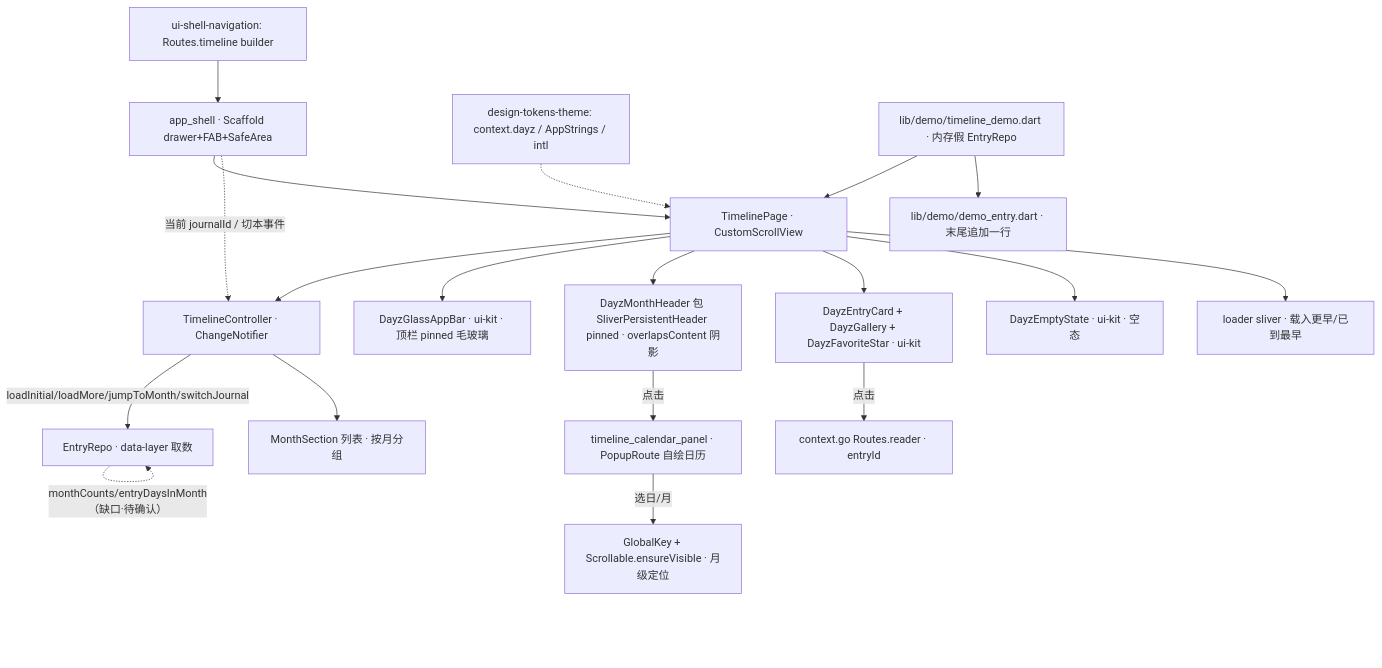
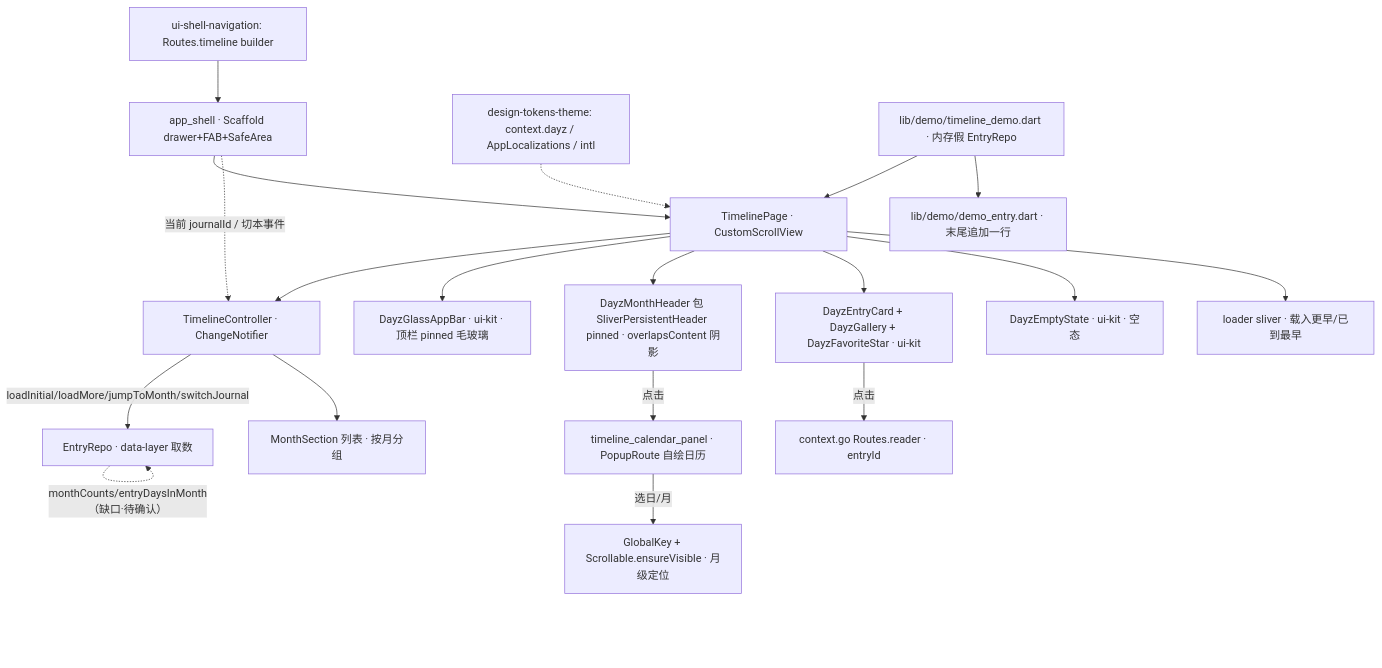
One commit to cr1992/DayZ changed the diagram in specs/active/timeline-screen/design.md. Above: the diagram before and after it, drawn with Mermaid. The commit also changed other lines of this file and 104 other files, not shown here.

````diff
--- a/specs/active/timeline-screen/design.md
+++ b/specs/active/timeline-screen/design.md
@@ -84,21 +84,21 @@
 ```mermaid
 graph TD
   R[ui-shell-navigation: Routes.timeline builder] --> SHELL[app_shell · Scaffold drawer+FAB+SafeArea]
   SHELL --> TP[TimelinePage · CustomScrollView]
   SHELL -. 当前 journalId / 切本事件 .-> TC
   TP --> TC[TimelineController · ChangeNotifier]
   TC -->|loadInitial/loadMore/jumpToMonth/switchJournal| ER[EntryRepo · data-layer 取数]
   ER -. monthCounts/entryDaysInMonth（缺口·待确认） .-> ER
   TC --> MS[MonthSection 列表 · 按月分组]
   TP --> APP[DayzGlassAppBar · ui-kit · 顶栏 pinned 毛玻璃]
   TP --> MH[DayzMonthHeader 包 SliverPersistentHeader pinned · overlapsContent 阴影]
   TP --> EC[DayzEntryCard + DayzGallery + DayzFavoriteStar · ui-kit]
   TP --> EM[DayzEmptyState · ui-kit · 空态]
   TP --> LD[loader sliver · 载入更早/已到最早]
   MH -->|点击| CAL[timeline_calendar_panel · PopupRoute 自绘日历]
   CAL -->|选日/月| JUMP[GlobalKey + Scrollable.ensureVisible · 月级定位]
   EC -->|点击| RDR[context.go Routes.reader · entryId]
-  TOK[design-tokens-theme: context.dayz / AppStrings / intl] -.-> TP
+  TOK[design-tokens-theme: context.dayz / AppLocalizations / intl] -.-> TP
   DEMO[lib/demo/timeline_demo.dart · 内存假 EntryRepo] --> TP
   DEMO --> DH[lib/demo/demo_entry.dart · 末尾追加一行]
 ```
````
